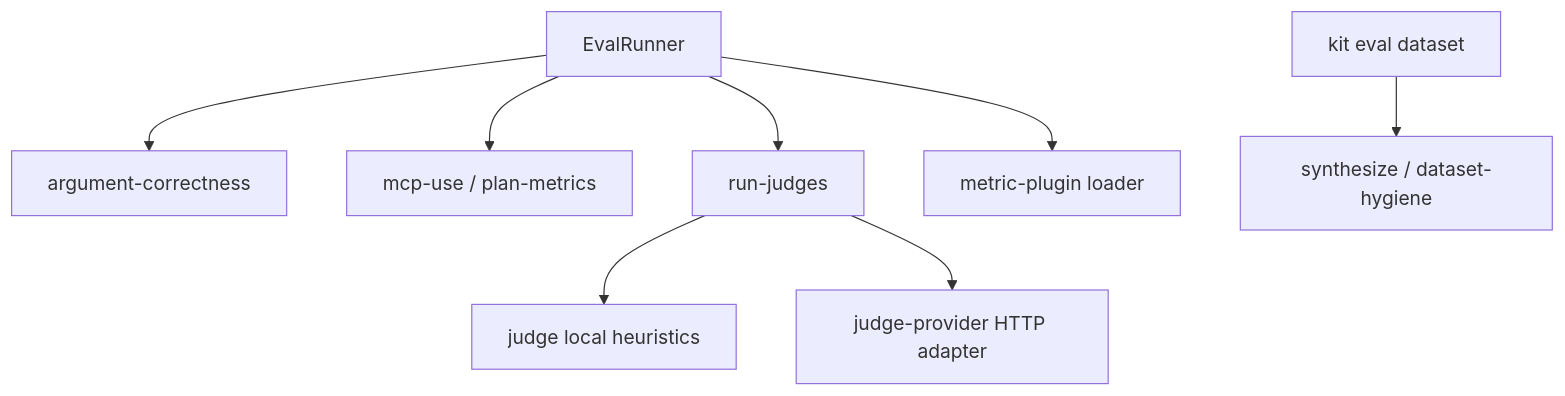
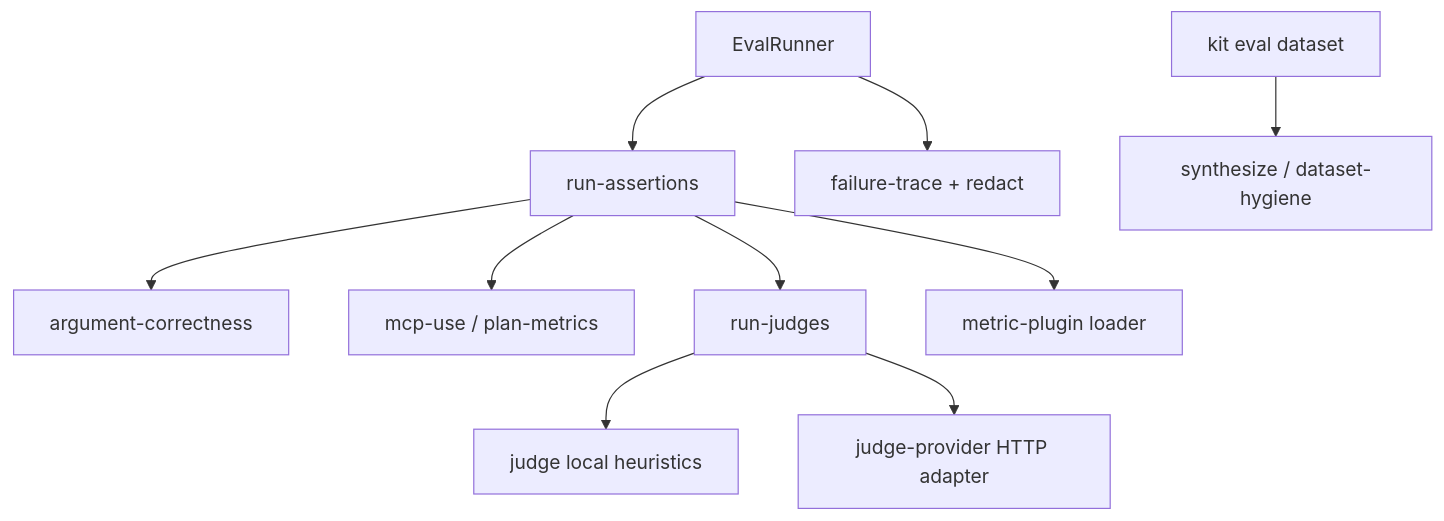
The diagram in evals/edd/README.md (mzworthington/agent-lifecycle-kit), drawn with Mermaid before and after one commit. The commit also changed 17 other files, not shown here.

````diff
--- a/evals/edd/README.md
+++ b/evals/edd/README.md
@@ -63,18 +63,22 @@
 ```mermaid
 flowchart TB
   runner[EvalRunner]
+  assert[run-assertions]
   arg[argument-correctness]
   mcp[mcp-use / plan-metrics]
   synth[synthesize / dataset-hygiene]
   orch[run-judges]
   pure[judge local heuristics]
   http[judge-provider HTTP adapter]
   plug[metric-plugin loader]
-  runner --> arg
-  runner --> mcp
-  runner --> orch
-  runner --> plug
+  trace[failure-trace + redact]
+  runner --> assert
+  assert --> arg
+  assert --> mcp
+  assert --> orch
+  assert --> plug
   orch --> pure
   orch --> http
+  runner --> trace
   cli[kit eval dataset] --> synth
 ```
````
